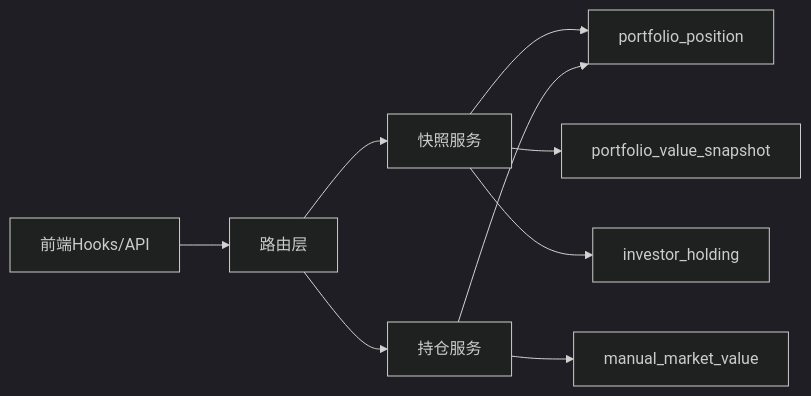
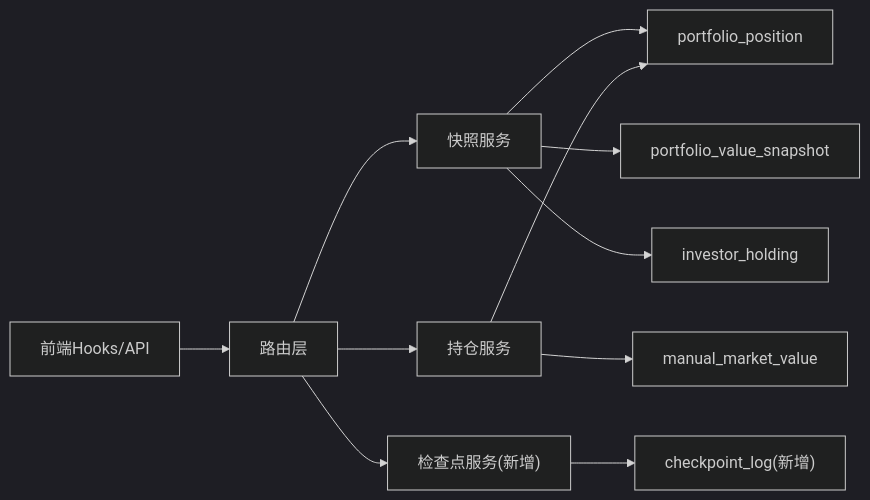
One commit to gujialind/InvestRing changed the ninth of 9 diagrams in .qoder/repowiki/zh/content/后端API文档/快照系统API.md. Above: the diagram before and after it, drawn with Mermaid (dark theme). The commit also changed other lines of this file and 15 other files, not shown here.

````diff
--- a/.qoder/repowiki/zh/content/后端API文档/快照系统API.md
+++ b/.qoder/repowiki/zh/content/后端API文档/快照系统API.md
@@ -341,11 +408,13 @@
 ```mermaid
 graph LR
 FE["前端Hooks/API"] --> RT["路由层"]
 RT --> SV["快照服务"]
 RT --> PS["持仓服务"]
+RT --> CP["检查点服务(新增)"]
 SV --> MD1["portfolio_position"]
 SV --> MD2["portfolio_value_snapshot"]
 SV --> MD3["investor_holding"]
 PS --> MD1
 PS --> MD4["manual_market_value"]
+CP --> MD5["checkpoint_log(新增)"]
 ```
````
